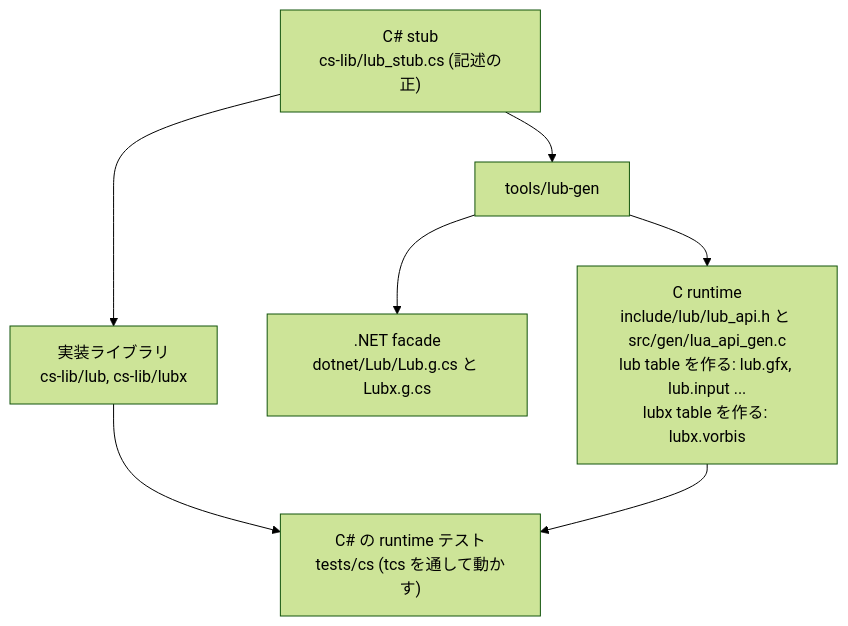
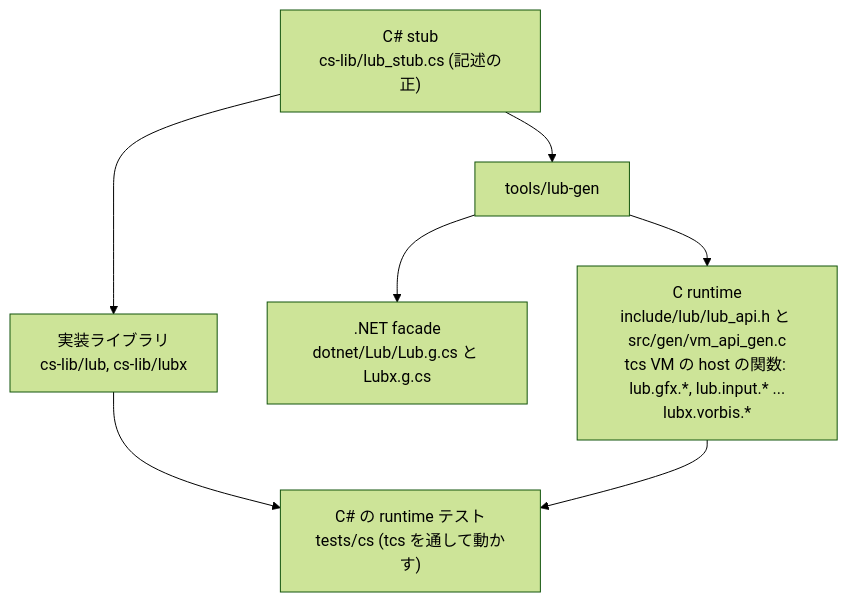
The diagram in docs/api-glue.md (neguse/lub), drawn with Mermaid (forest theme) before and after one commit. The commit also changed other lines of this file and 146 other files, not shown here.

````diff
--- a/docs/api-glue.md
+++ b/docs/api-glue.md
@@ -9,9 +9,9 @@
 ```mermaid
 graph TD
     S["C# stub<br/>cs-lib/lub_stub.cs (記述の正)"] --> G["tools/lub-gen"]
-    G --> C["C runtime<br/>include/lub/lub_api.h と src/gen/lua_api_gen.c<br/>lub table を作る: lub.gfx, lub.input ...<br/>lubx table を作る: lubx.vorbis"]
+    G --> C["C runtime<br/>include/lub/lub_api.h と src/gen/vm_api_gen.c<br/>tcs VM の host の関数: lub.gfx.*, lub.input.* ...<br/>lubx.vorbis.*"]
     G --> F[".NET facade<br/>dotnet/Lub/Lub.g.cs と Lubx.g.cs"]
     S --> CS["実装ライブラリ<br/>cs-lib/lub, cs-lib/lubx"]
     CS --> T["C# の runtime テスト<br/>tests/cs (tcs を通して動かす)"]
     C --> T
 ```
````
